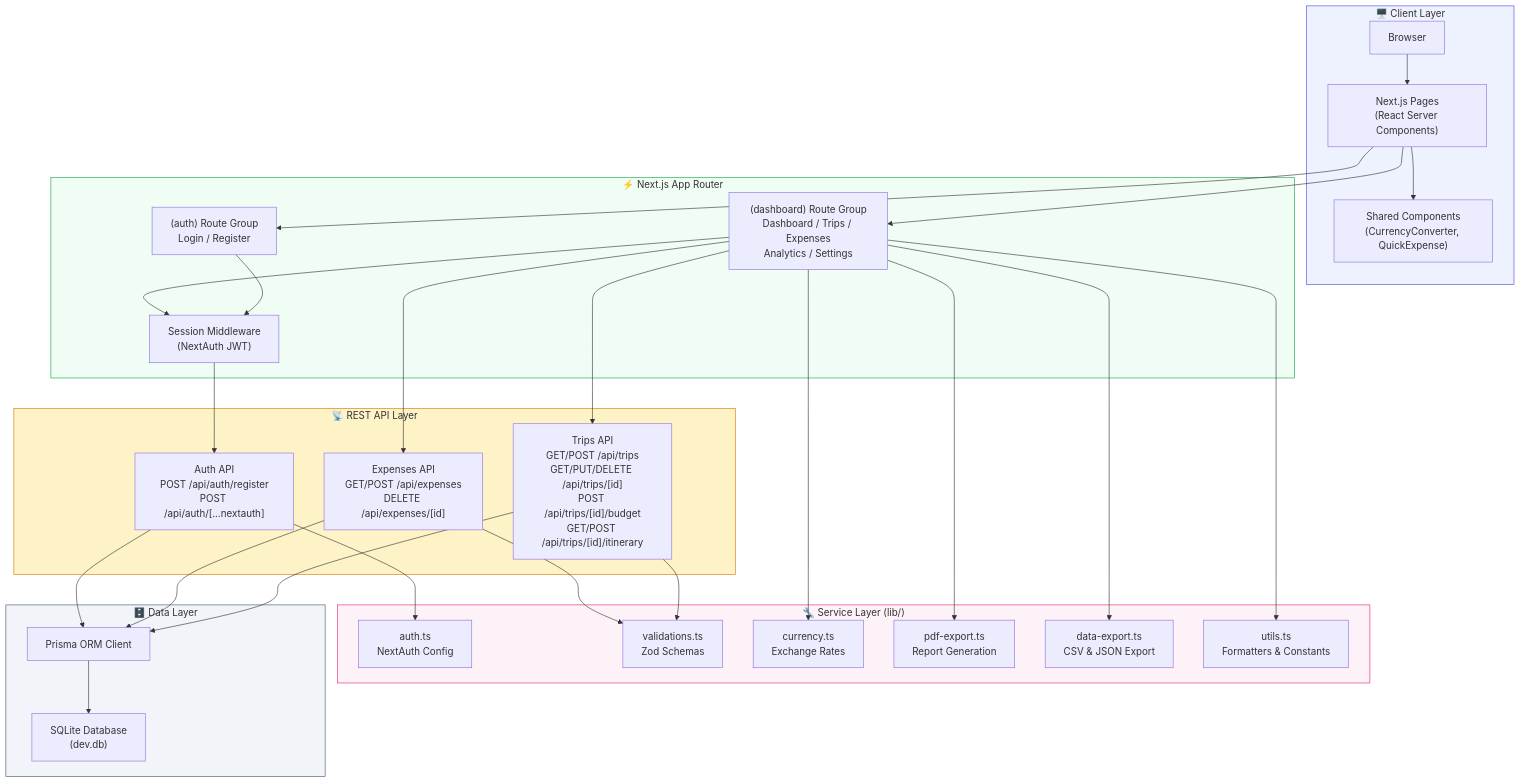
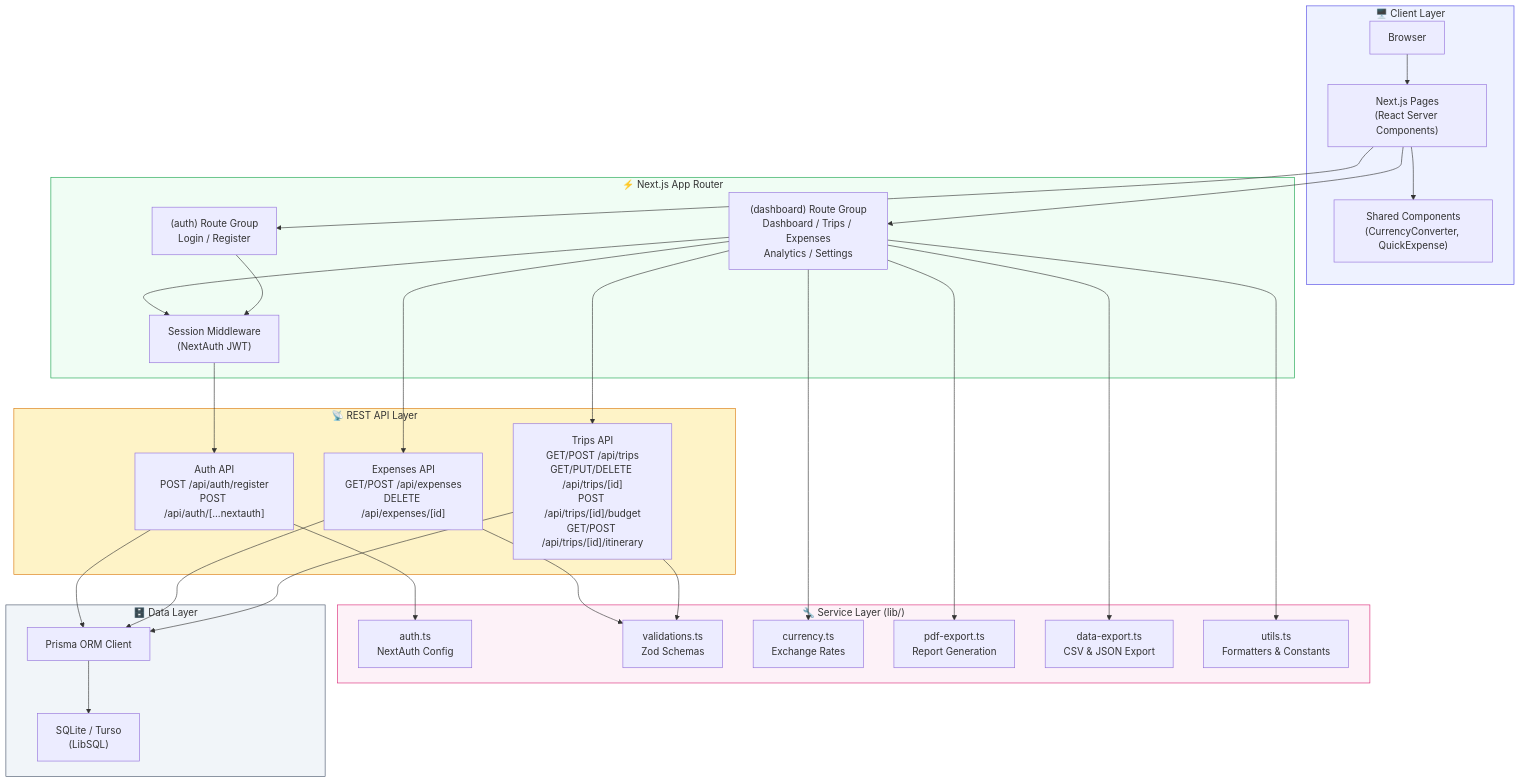
One commit to rajdivyansh965/TravelTrack changed the first of 3 diagrams in README.md. Above: the diagram before and after it, drawn with Mermaid. The commit also changed other lines of this file, not shown here.

````diff
--- a/README.md
+++ b/README.md
@@ -82,61 +107,61 @@
 ```mermaid
 graph TB
     subgraph Client["🖥️ Client Layer"]
         Browser["Browser"]
         Pages["Next.js Pages<br/>(React Server Components)"]
         Components["Shared Components<br/>(CurrencyConverter, QuickExpense)"]
     end
 
     subgraph AppRouter["⚡ Next.js App Router"]
         AuthGroup["(auth) Route Group<br/>Login / Register"]
         DashGroup["(dashboard) Route Group<br/>Dashboard / Trips / Expenses<br/>Analytics / Settings"]
         Middleware["Session Middleware<br/>(NextAuth JWT)"]
     end
 
     subgraph API["📡 REST API Layer"]
         AuthAPI["Auth API<br/>POST /api/auth/register<br/>POST /api/auth/[...nextauth]"]
         TripsAPI["Trips API<br/>GET/POST /api/trips<br/>GET/PUT/DELETE /api/trips/[id]<br/>POST /api/trips/[id]/budget<br/>GET/POST /api/trips/[id]/itinerary"]
         ExpensesAPI["Expenses API<br/>GET/POST /api/expenses<br/>DELETE /api/expenses/[id]"]
     end
 
     subgraph Services["🔧 Service Layer (lib/)"]
         AuthLib["auth.ts<br/>NextAuth Config"]
         Validation["validations.ts<br/>Zod Schemas"]
         Currency["currency.ts<br/>Exchange Rates"]
         PDFExport["pdf-export.ts<br/>Report Generation"]
         DataExport["data-export.ts<br/>CSV & JSON Export"]
         Utils["utils.ts<br/>Formatters & Constants"]
     end
 
     subgraph Data["🗄️ Data Layer"]
         PrismaClient["Prisma ORM Client"]
-        SQLite["SQLite Database<br/>(dev.db)"]
+        SQLite["SQLite / Turso<br/>(LibSQL)"]
     end
 
     Browser --> Pages
     Pages --> Components
     Pages --> AuthGroup
     Pages --> DashGroup
     AuthGroup --> Middleware
     DashGroup --> Middleware
     Middleware --> AuthAPI
     DashGroup --> TripsAPI
     DashGroup --> ExpensesAPI
     AuthAPI --> AuthLib
     TripsAPI --> Validation
     ExpensesAPI --> Validation
     TripsAPI --> PrismaClient
     ExpensesAPI --> PrismaClient
     AuthAPI --> PrismaClient
     DashGroup --> Currency
     DashGroup --> PDFExport
     DashGroup --> DataExport
     DashGroup --> Utils
     PrismaClient --> SQLite
 
     style Client fill:#eef2ff,stroke:#4f46e5
     style AppRouter fill:#f0fdf4,stroke:#16a34a
     style API fill:#fef3c7,stroke:#d97706
     style Services fill:#fdf2f8,stroke:#db2777
     style Data fill:#f1f5f9,stroke:#475569
 ```
````
